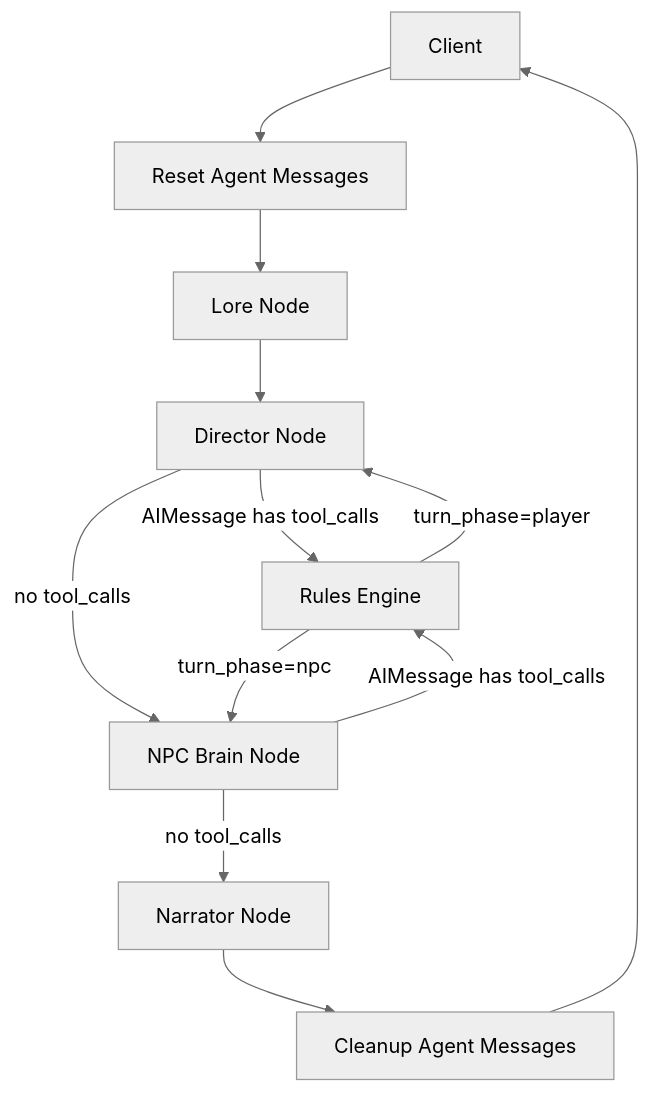
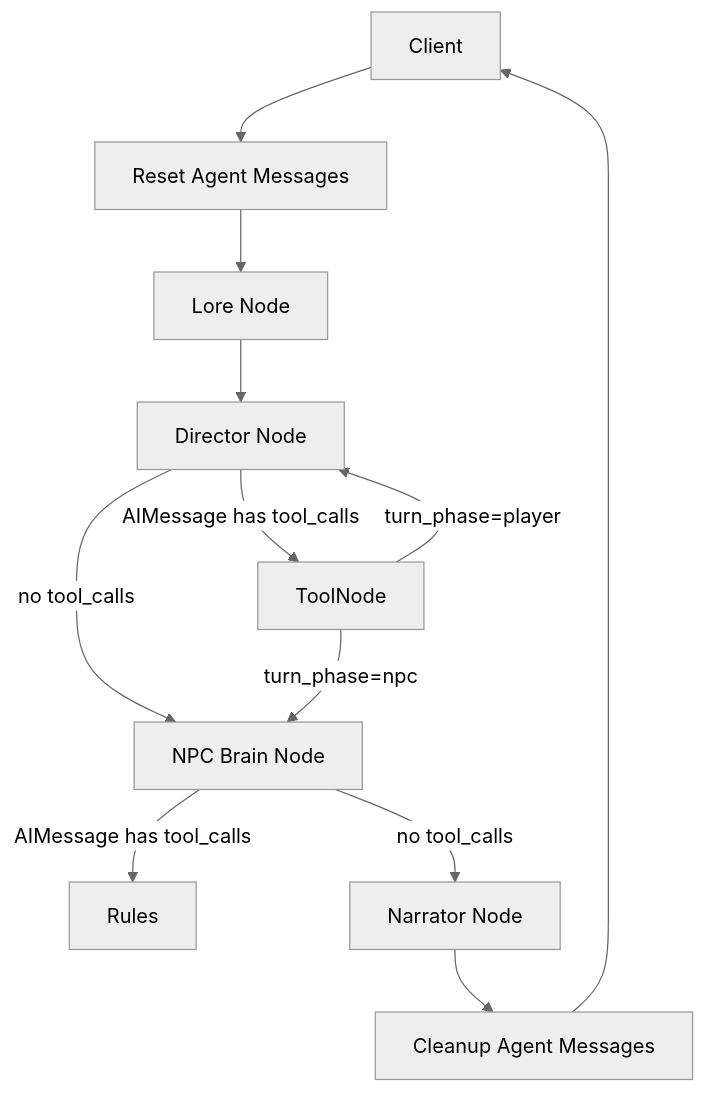
The diagram in docs/architecture.md (neolaw84/MnesOS), drawn with Mermaid (neutral theme) before and after one commit. The commit also changed other lines of this file and 3 other files, not shown here.

````diff
--- a/docs/architecture.md
+++ b/docs/architecture.md
@@ -13,14 +13,14 @@
 ```mermaid
 graph TD
     Client[Client] --> Reset[Reset Agent Messages]
     Reset --> Lore[Lore Node]
     Lore --> Director[Director Node]
-    Director -->|AIMessage has tool_calls| Rules[Rules Engine]
+    Director -->|AIMessage has tool_calls| Tools[ToolNode]
     Director -->|no tool_calls| NPC[NPC Brain Node]
-    Rules -->|turn_phase=player| Director
-    Rules -->|turn_phase=npc| NPC
+    Tools -->|turn_phase=player| Director
+    Tools -->|turn_phase=npc| NPC
     NPC -->|AIMessage has tool_calls| Rules
     NPC -->|no tool_calls| Narrator[Narrator Node]
     Narrator --> Cleanup[Cleanup Agent Messages]
     Cleanup --> Client
 ```
````
